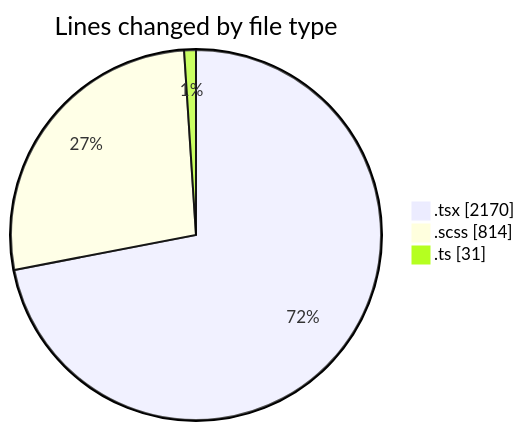
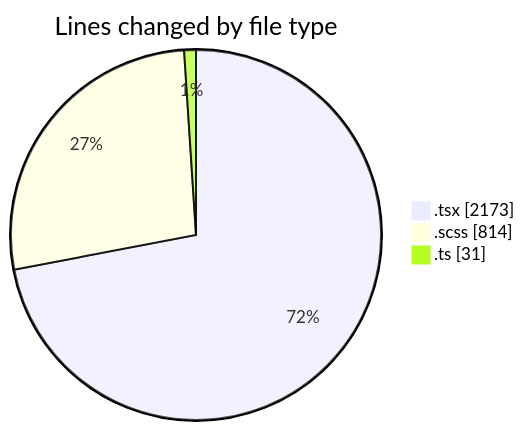
The first of 2 diagrams in 2025-04-07/cda/README.md (momahboobian/code-tracking), drawn with Mermaid before and after one commit. The commit also changed other lines of this file and 1 other file, not shown here.

````diff
--- a/2025-04-07/cda/README.md
+++ b/2025-04-07/cda/README.md
@@ -32,7 +32,7 @@
 ```mermaid
 pie showData
 title Lines changed by file type
-".tsx" : 2170
+".tsx" : 2173
 ".scss" : 814
 ".ts" : 31
 ```
````
